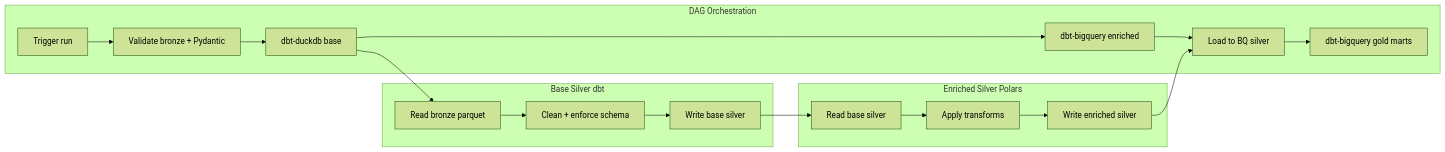
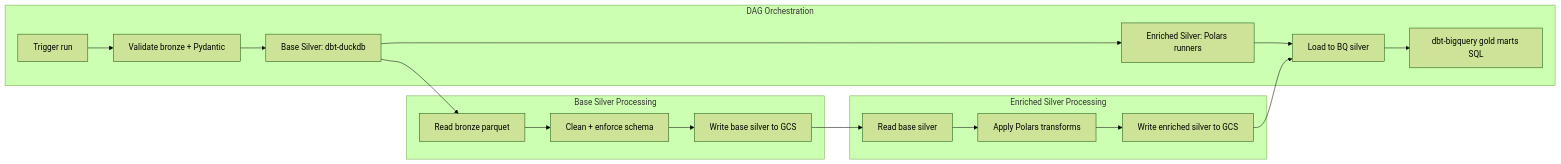
One commit to G-Schumacher44/ecom_datalake_pipelines changed the second of 2 diagrams in docs/planning/planning/SILVER_PLAN.md. Above: the diagram before and after it, drawn with Mermaid (forest theme). The commit also changed other lines of this file and 13 other files, not shown here.

````diff
--- a/docs/planning/planning/SILVER_PLAN.md
+++ b/docs/planning/planning/SILVER_PLAN.md
@@ -251,19 +251,21 @@
 ```mermaid
 flowchart LR
     subgraph Airflow[DAG Orchestration]
         A1[Trigger run] --> A2[Validate bronze + Pydantic]
-        A2 --> A3[dbt-duckdb base]
-        A3 --> A4[dbt-bigquery enriched]
+        A2 --> A3[Base Silver: dbt-duckdb]
+        A3 --> A4[Enriched Silver: Polars runners]
         A4 --> A5[Load to BQ silver]
-        A5 --> A6[dbt-bigquery gold marts]
+        A5 --> A6[dbt-bigquery gold marts SQL]
     end
-    subgraph BaseSilver[Base Silver dbt]
-        B1[Read bronze parquet] --> B2[Clean + enforce schema] --> B3[Write base silver]
+    subgraph BaseSilver[Base Silver Processing]
+        B1[Read bronze parquet] --> B2[Clean + enforce schema]
+        B2 --> B3[Write base silver to GCS]
     end
-    subgraph EnrichedSilver[Enriched Silver Polars]
-        E1[Read base silver] --> E2[Apply transforms] --> E3[Write enriched silver]
+    subgraph EnrichedSilver[Enriched Silver Processing]
+        E1[Read base silver] --> E2[Apply Polars transforms]
+        E2 --> E3[Write enriched silver to GCS]
     end
     A3 --> B1
     B3 --> E1
     E3 --> A5
 ```
````
